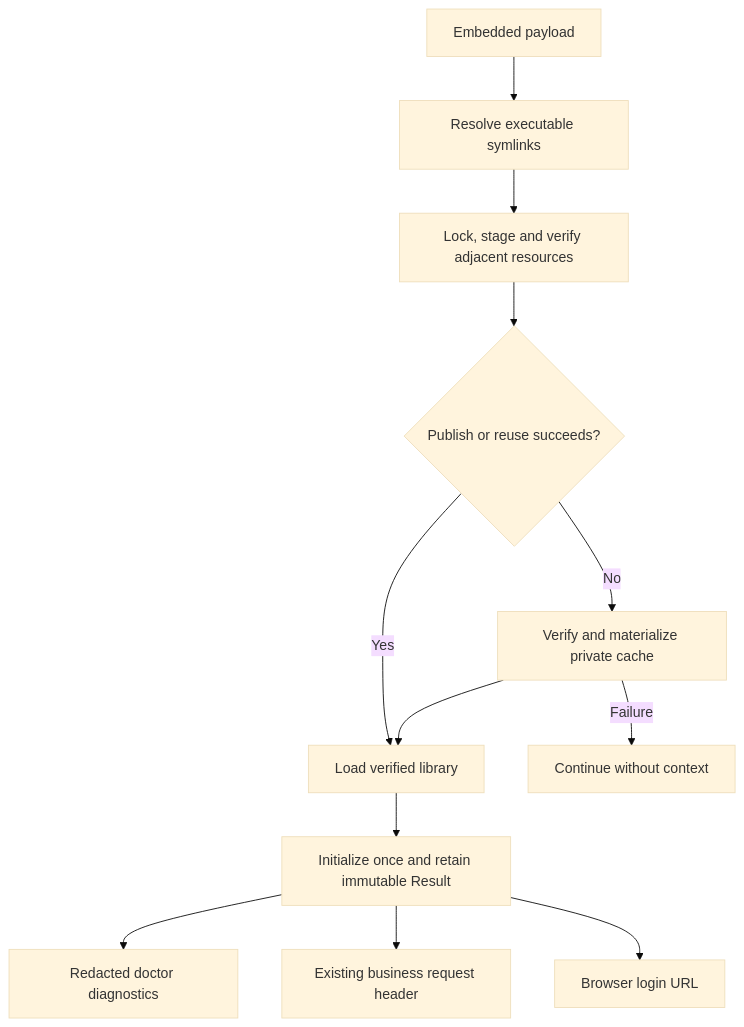
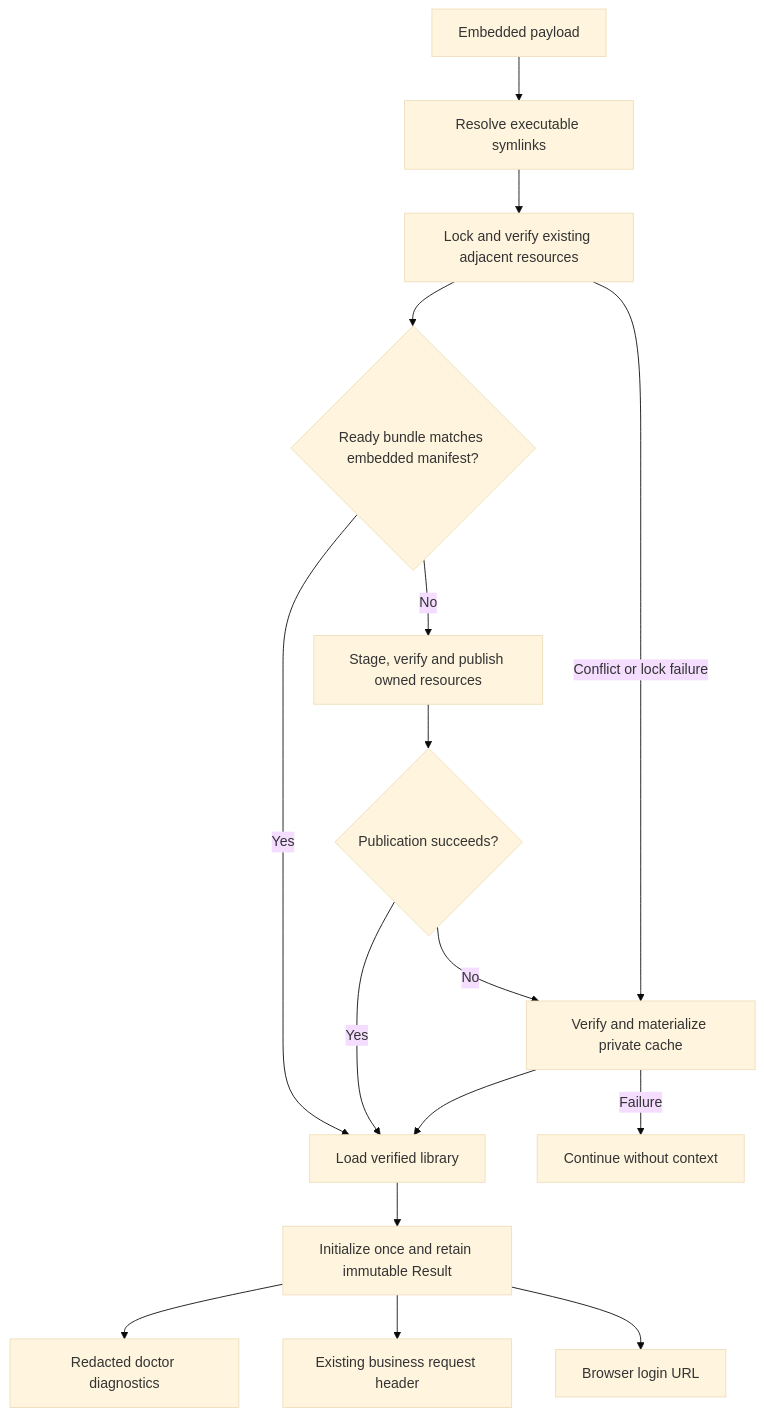
Before and after one commit to Anonymity-0/dingtalk-workspace-cli: the diagram in docs/runtime-context.md, drawn with Mermaid (base theme). The commit also changed other lines of this file and 3 other files, not shown here.

Commit message:
fix: avoid extracting verified adjacent runtime resources

````diff
--- a/docs/runtime-context.md
+++ b/docs/runtime-context.md
@@ -43,14 +48,18 @@
 ```mermaid
 flowchart TD
     A[Embedded payload] --> B[Resolve executable symlinks]
-    B --> C[Lock, stage and verify adjacent resources]
-    C --> D{Publish or reuse succeeds?}
-    D -- Yes --> F[Load verified library]
+    B --> C[Lock and verify existing adjacent resources]
+    C --> L{Ready bundle matches embedded manifest?}
+    L -- Yes --> F[Load verified library]
+    L -- No --> M[Stage, verify and publish owned resources]
+    M --> D{Publication succeeds?}
+    C -- Conflict or lock failure --> E[Verify and materialize private cache]
+    D -- Yes --> F
     D -- No --> E[Verify and materialize private cache]
     E --> F
     E -- Failure --> G[Continue without context]
     F --> H[Initialize once and retain immutable Result]
     H --> I[Redacted doctor diagnostics]
     H --> J[Existing business request header]
     H --> K[Browser login URL]
 ```
````
